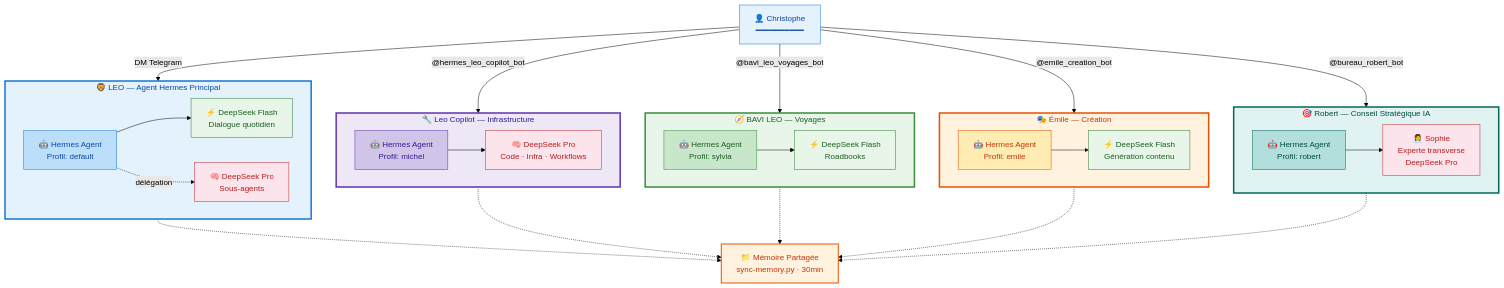
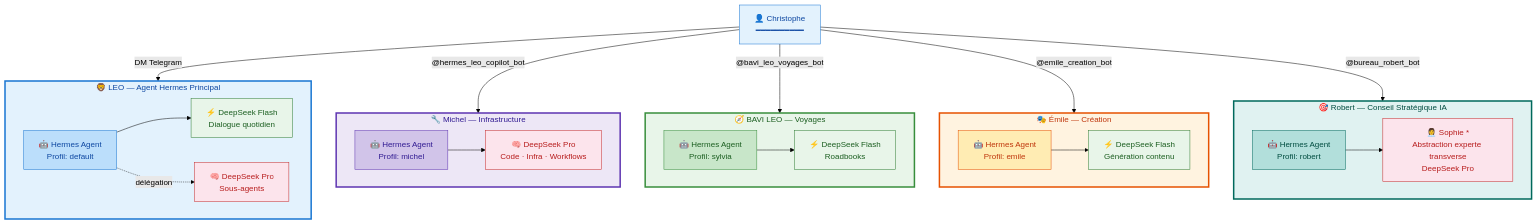
One commit to christophedanhier-hash/hermes-wiki changed the first of 5 diagrams in docs/hermes/architecture-communication.md. Above: the diagram before and after it, drawn with Mermaid (forest theme). The commit also changed other lines of this file, not shown here.

First line of the commit message:
fix(architecture-communication): correction mémoires, crons, prix, renommage

````diff
--- a/docs/hermes/architecture-communication.md
+++ b/docs/hermes/architecture-communication.md
@@ -9,79 +9,70 @@
 ```mermaid
 flowchart TD
     User["👤 Christophe<br/>━━━━━━━━━━"]
 
     subgraph LEO_MAIN["🦁 LEO — Agent Hermes Principal"]
         direction LR
         Agent["🤖 Hermes Agent<br/>Profil: default"]
         DS_Flash["⚡ DeepSeek Flash<br/>Dialogue quotidien"]
         DS_Pro_Sub["🧠 DeepSeek Pro<br/>Sous-agents"]
     end
 
-    subgraph LEO_COP["🔧 Leo Copilot — Infrastructure"]
+    subgraph MICHEL["🔧 Michel — Infrastructure"]
         direction LR
         Agent2["🤖 Hermes Agent<br/>Profil: michel"]
         DS_Pro["🧠 DeepSeek Pro<br/>Code · Infra · Workflows"]
     end
 
     subgraph BAVI["🧭 BAVI LEO — Voyages"]
         direction LR
         Agent3["🤖 Hermes Agent<br/>Profil: sylvia"]
         DS_Flash2["⚡ DeepSeek Flash<br/>Roadbooks"]
     end
 
     subgraph EMILE["🎭 Émile — Création"]
         direction LR
         Agent4["🤖 Hermes Agent<br/>Profil: emile"]
         DS_Flash3["⚡ DeepSeek Flash<br/>Génération contenu"]
     end
 
     subgraph ROBERT["🎯 Robert — Conseil Stratégique IA"]
         direction LR
         Agent5["🤖 Hermes Agent<br/>Profil: robert"]
-        SOPHIE["👩‍💼 Sophie<br/>Experte transverse<br/>DeepSeek Pro"]
+        SOPHIE["👩‍💼 Sophie *<br/>Abstraction experte transverse<br/>DeepSeek Pro"]
     end
 
-    MEM["📁 Mémoire Partagée<br/>sync-memory.py · 30min"]
-
     User -->|"DM Telegram"| LEO_MAIN
-    User -->|"@hermes_leo_copilot_bot"| LEO_COP
+    User -->|"@hermes_leo_copilot_bot"| MICHEL
     User -->|"@bavi_leo_voyages_bot"| BAVI
     User -->|"@emile_creation_bot"| EMILE
     User -->|"@bureau_robert_bot"| ROBERT
-
-    LEO_MAIN -.-> MEM
-    LEO_COP -.-> MEM
-    BAVI -.-> MEM
-    EMILE -.-> MEM
-    ROBERT -.-> MEM
 
     Agent --> DS_Flash
     Agent -.->|"délégation"| DS_Pro_Sub
 
     Agent2 --> DS_Pro
 
     Agent3 --> DS_Flash2
 
     Agent4 --> DS_Flash3
 
     Agent5 --> SOPHIE
 
     style User fill:#e3f2fd,stroke:#1976d2,color:#0d47a1
     style LEO_MAIN fill:#e3f2fd,stroke:#1976d2,stroke-width:3px,color:#0d47a1
     style Agent fill:#bbdefb,stroke:#1976d2,color:#0d47a1
     style DS_Flash fill:#e8f5e9,stroke:#2e7d32,color:#1b5e20
     style DS_Pro_Sub fill:#fce4ec,stroke:#c62828,color:#b71c1c
-    style LEO_COP fill:#ede7f6,stroke:#5e35b1,stroke-width:3px,color:#311b92
+    style MICHEL fill:#ede7f6,stroke:#5e35b1,stroke-width:3px,color:#311b92
     style Agent2 fill:#d1c4e9,stroke:#5e35b1,color:#311b92
     style DS_Pro fill:#fce4ec,stroke:#c62828,color:#b71c1c
     style BAVI fill:#e8f5e9,stroke:#388e3c,stroke-width:3px,color:#1b5e20
     style Agent3 fill:#c8e6c9,stroke:#388e3c,color:#1b5e20
     style DS_Flash2 fill:#e8f5e9,stroke:#2e7d32,color:#1b5e20
     style EMILE fill:#fff3e0,stroke:#e65100,stroke-width:3px,color:#bf360c
     style Agent4 fill:#ffecb3,stroke:#e65100,color:#bf360c
     style DS_Flash3 fill:#e8f5e9,stroke:#2e7d32,color:#1b5e20
     style ROBERT fill:#e0f2f1,stroke:#00695c,stroke-width:3px,color:#004d40
     style Agent5 fill:#b2dfdb,stroke:#00695c,color:#004d40
     style SOPHIE fill:#fce4ec,stroke:#c62828,color:#b71c1c
-    style MEM fill:#fff3e0,stroke:#e65100,stroke-width:2px,color:#bf360c
 ```
````
